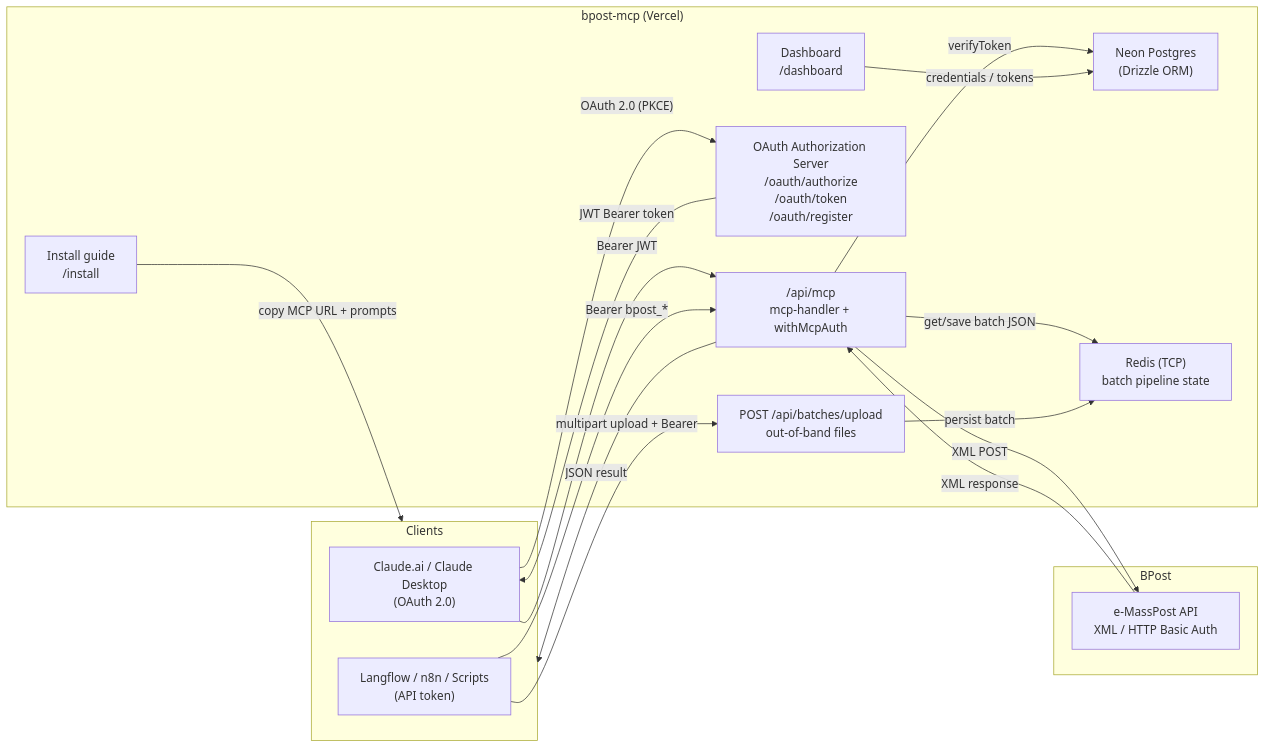
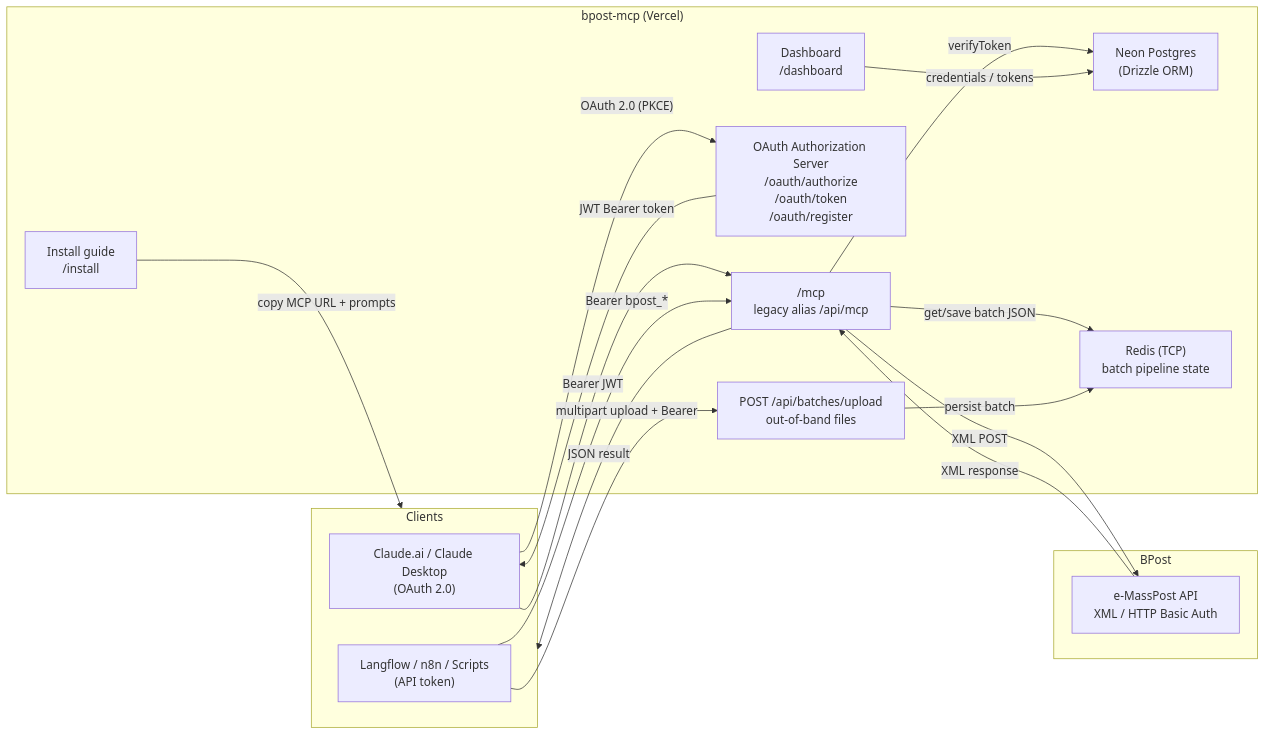
Before and after one commit to markminnoye/bpost-mcp: the first of 5 diagrams in docs/internal/architecture.md, drawn with Mermaid. The commit also changed other lines of this file and 13 other files, not shown here.

````diff
--- a/docs/internal/architecture.md
+++ b/docs/internal/architecture.md
@@ -17,35 +17,35 @@
 ```mermaid
 flowchart LR
     subgraph Clients["Clients"]
         A1["Claude.ai / Claude Desktop<br/>(OAuth 2.0)"]
         A2["Langflow / n8n / Scripts<br/>(API token)"]
     end
 
     subgraph Service["bpost-mcp (Vercel)"]
-        MCP["/api/mcp<br/>mcp-handler + withMcpAuth"]
+        MCP["/mcp<br/>legacy alias /api/mcp"]
         AS["OAuth Authorization Server<br/>/oauth/authorize<br/>/oauth/token<br/>/oauth/register"]
         DB["Neon Postgres<br/>(Drizzle ORM)"]
         R["Redis (TCP)<br/>batch pipeline state"]
         DASH["Dashboard<br/>/dashboard"]
         INST["Install guide<br/>/install"]
         UP["POST /api/batches/upload<br/>out-of-band files"]
     end
 
     subgraph BPost["BPost"]
         API["e-MassPost API<br/>XML / HTTP Basic Auth"]
     end
 
     A1 -- "OAuth 2.0 (PKCE)" --> AS
     AS -- "JWT Bearer token" --> A1
     A1 -- "Bearer JWT" --> MCP
     A2 -- "Bearer bpost_*" --> MCP
     MCP -- "verifyToken" --> DB
     MCP -- "get/save batch JSON" --> R
     MCP -- "XML POST" --> API
     API -- "XML response" --> MCP
     MCP -- "JSON result" --> Clients
     A2 -- "multipart upload + Bearer" --> UP
     UP -- "persist batch" --> R
     DASH -- "credentials / tokens" --> DB
     INST -- "copy MCP URL + prompts" --> Clients
 ```
````
